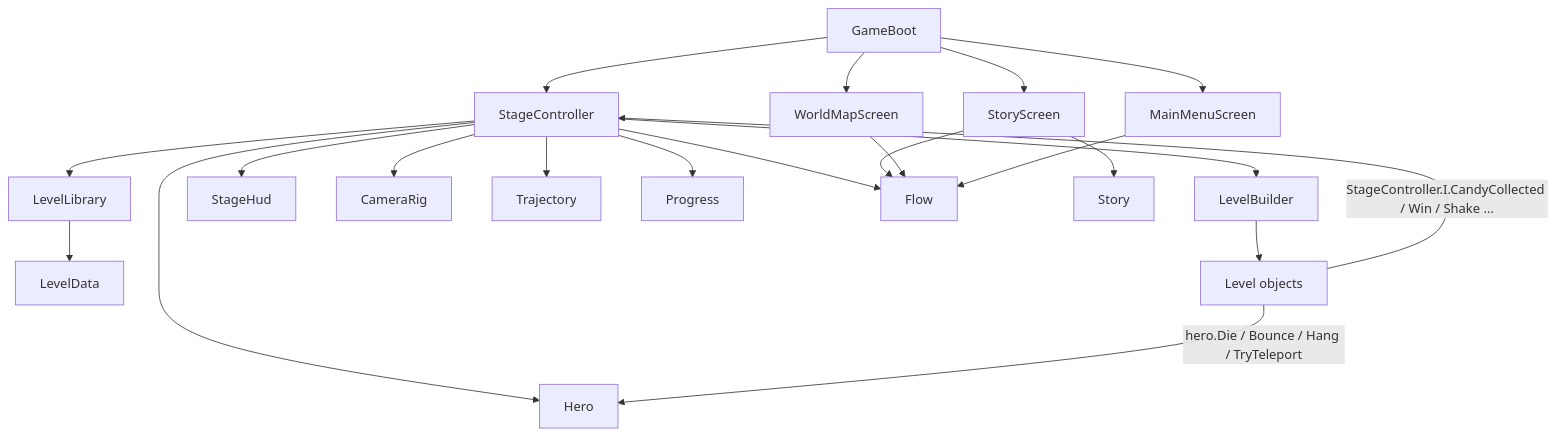
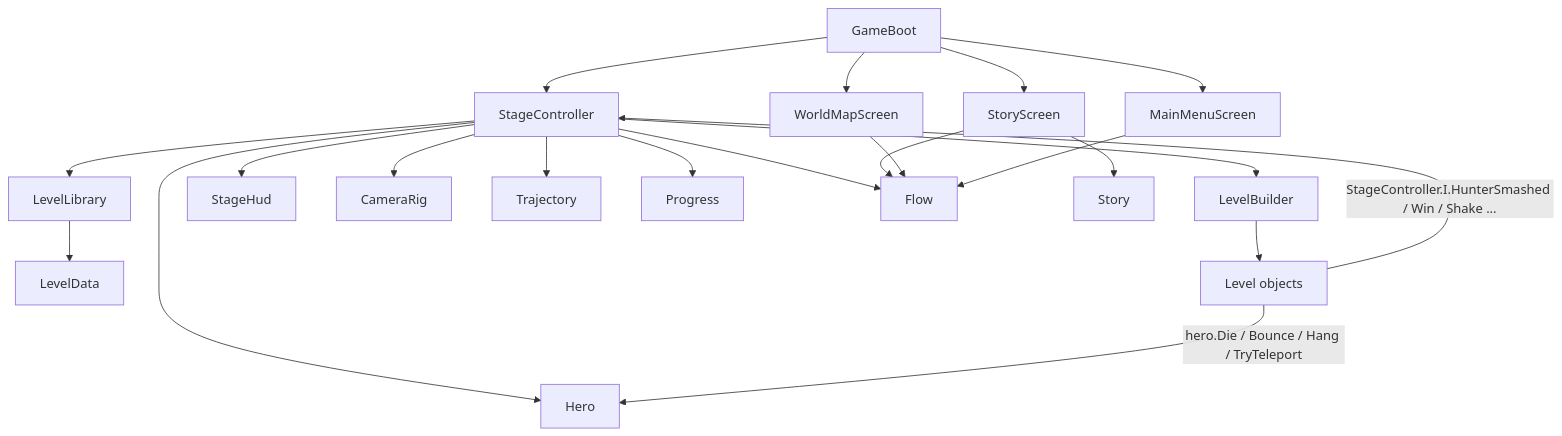
Before and after one commit to AbdllahBhd/Unity-game: the second of 2 diagrams in AGENTS.md, drawn with Mermaid. The commit also changed other lines of this file and 36 other files, not shown here.

````diff
--- a/AGENTS.md
+++ b/AGENTS.md
@@ -106,12 +108,12 @@
 ```mermaid
 graph TD
     GameBoot --> MainMenuScreen & WorldMapScreen & StoryScreen & StageController
     StageController --> LevelLibrary --> LevelData
     StageController --> LevelBuilder --> Elements[Level objects]
     StageController --> Hero & StageHud & CameraRig & Trajectory
-    Elements -- "StageController.I.CandyCollected / Win / Shake ..." --> StageController
+    Elements -- "StageController.I.HunterSmashed / Win / Shake ..." --> StageController
     Elements -- "hero.Die / Bounce / Hang / TryTeleport" --> Hero
     StageController --> Progress
     StageController & StoryScreen & WorldMapScreen & MainMenuScreen --> Flow
     StoryScreen --> Story
 ```
````
